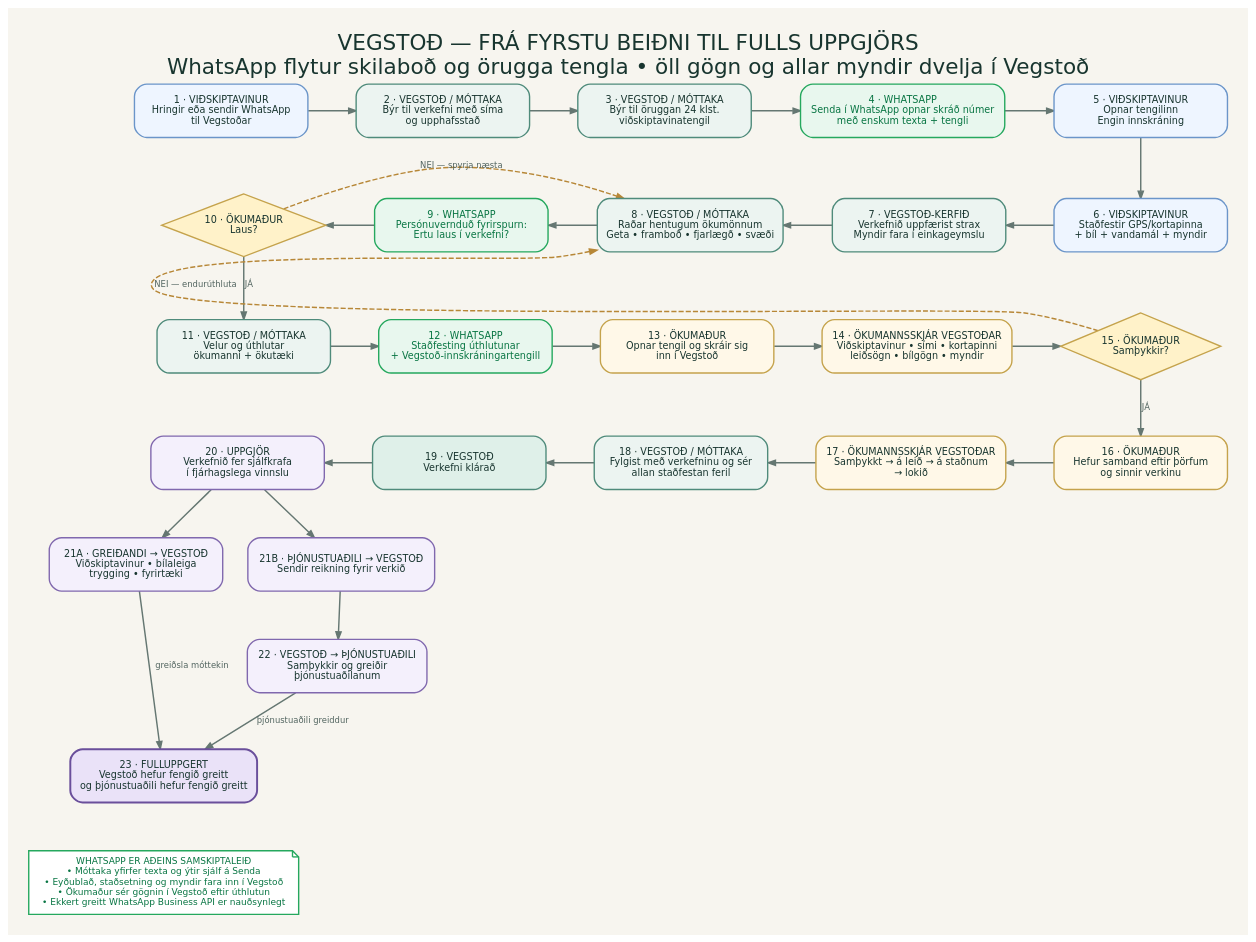
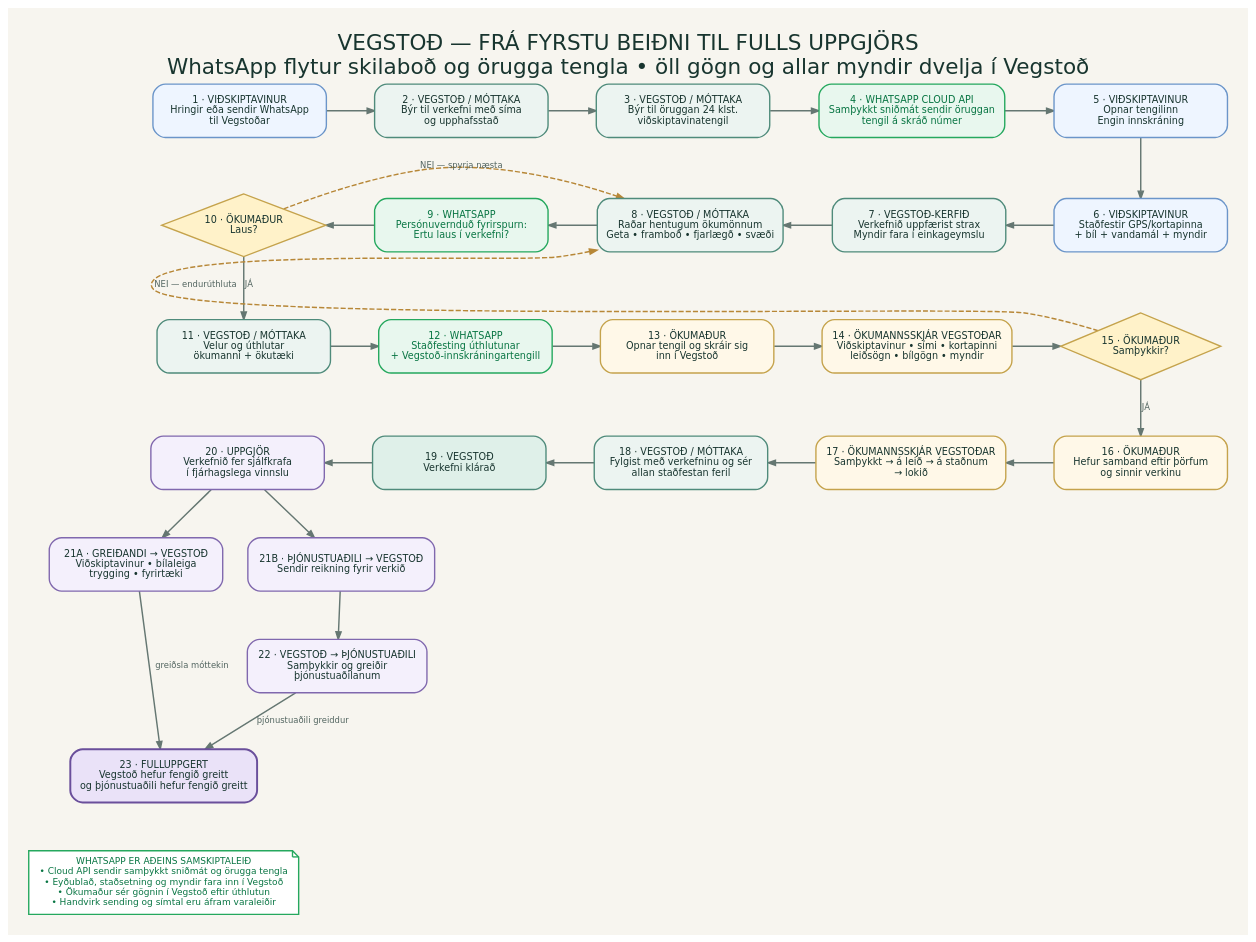
The diagram in docs/vegstod-system-flowchart.dot (HelgasonF/road), drawn with Graphviz before and after one commit. The commit also changed 29 other files, not shown here.

Commit message:
feat: surface WhatsApp status and opt-outs

```diff
--- a/docs/vegstod-system-flowchart.dot
+++ b/docs/vegstod-system-flowchart.dot
@@ -1,101 +1,101 @@
 digraph vegstod_system {
   graph [
     rankdir=TB,
     bgcolor="#F7F5EF",
     pad="0.28",
     nodesep="0.34",
     ranksep="0.62",
     splines=spline,
     outputorder=edgesfirst,
     fontname="DejaVu Sans",
     label="VEGSTOÐ — FRÁ FYRSTU BEIÐNI TIL FULLS UPPGJÖRS\nWhatsApp flytur skilaboð og örugga tengla • öll gögn og allar myndir dvelja í Vegstoð",
     labelloc=t,
     fontsize=21,
     fontcolor="#18352F"
   ];
 
   node [
     shape=box,
     style="rounded,filled",
     width=2.35,
     height=0.72,
     margin="0.13,0.09",
     fontname="DejaVu Sans",
     fontsize=9.4,
     color="#AAB7B3",
     fillcolor="#FFFFFF",
     fontcolor="#18352F",
     penwidth=1.35
   ];
 
   edge [
     fontname="DejaVu Sans",
     fontsize=8.2,
     color="#657772",
     fontcolor="#51645F",
     arrowsize=0.72,
     penwidth=1.4
   ];
 
   customer_contact [label="1 · VIÐSKIPTAVINUR\nHringir eða sendir WhatsApp\ntil Vegstoðar", fillcolor="#EEF5FF", color="#6B95C9"];
   create_job [label="2 · VEGSTOÐ / MÓTTAKA\nBýr til verkefni með síma\nog upphafsstað", fillcolor="#ECF4F1", color="#4F8B7B"];
   create_link [label="3 · VEGSTOÐ / MÓTTAKA\nBýr til öruggan 24 klst.\nviðskiptavinatengil", fillcolor="#ECF4F1", color="#4F8B7B"];
-  wa_customer [label="4 · WHATSAPP\nSenda í WhatsApp opnar skráð númer\nmeð enskum texta + tengli", fillcolor="#E8F7EE", color="#25A85E", fontcolor="#087543"];
+  wa_customer [label="4 · WHATSAPP CLOUD API\nSamþykkt sniðmát sendir öruggan\ntengil á skráð númer", fillcolor="#E8F7EE", color="#25A85E", fontcolor="#087543"];
   customer_form [label="5 · VIÐSKIPTAVINUR\nOpnar tengilinn\nEngin innskráning", fillcolor="#EEF5FF", color="#6B95C9"];
 
   customer_submit [label="6 · VIÐSKIPTAVINUR\nStaðfestir GPS/kortapinna\n+ bíl + vandamál + myndir", fillcolor="#EEF5FF", color="#6B95C9"];
   private_data [label="7 · VEGSTOÐ-KERFIÐ\nVerkefnið uppfærist strax\nMyndir fara í einkageymslu", fillcolor="#ECF4F1", color="#4F8B7B"];
   matching [label="8 · VEGSTOÐ / MÓTTAKA\nRaðar hentugum ökumönnum\nGeta • framboð • fjarlægð • svæði", fillcolor="#ECF4F1", color="#4F8B7B"];
   wa_availability [label="9 · WHATSAPP\nPersónuvernduð fyrirspurn:\nErtu laus í verkefni?", fillcolor="#E8F7EE", color="#25A85E", fontcolor="#087543"];
   available [label="10 · ÖKUMAÐUR\nLaus?", shape=diamond, width=1.55, height=0.85, style="filled", fillcolor="#FFF2C9", color="#C5A34C"];
 
   assign [label="11 · VEGSTOÐ / MÓTTAKA\nVelur og úthlutar\nökumanni + ökutæki", fillcolor="#ECF4F1", color="#4F8B7B"];
   wa_assignment [label="12 · WHATSAPP\nStaðfesting úthlutunar\n+ Vegstoð-innskráningartengill", fillcolor="#E8F7EE", color="#25A85E", fontcolor="#087543"];
   driver_login [label="13 · ÖKUMAÐUR\nOpnar tengil og skráir sig\ninn í Vegstoð", fillcolor="#FFF8E8", color="#C5A34C"];
   driver_view [label="14 · ÖKUMANNSSKJÁR VEGSTOÐAR\nViðskiptavinur • sími • kortapinni\nleiðsögn • bílgögn • myndir", fillcolor="#FFF8E8", color="#C5A34C"];
   driver_accept [label="15 · ÖKUMAÐUR\nSamþykkir?", shape=diamond, width=1.65, height=0.9, style="filled", fillcolor="#FFF2C9", color="#C5A34C"];
 
   driver_work [label="16 · ÖKUMAÐUR\nHefur samband eftir þörfum\nog sinnir verkinu", fillcolor="#FFF8E8", color="#C5A34C"];
   driver_status [label="17 · ÖKUMANNSSKJÁR VEGSTOÐAR\nSamþykkt → á leið → á staðnum\n→ lokið", fillcolor="#FFF8E8", color="#C5A34C"];
   monitor [label="18 · VEGSTOÐ / MÓTTAKA\nFylgist með verkefninu og sér\nallan staðfestan feril", fillcolor="#ECF4F1", color="#4F8B7B"];
   complete [label="19 · VEGSTOÐ\nVerkefni klárað", fillcolor="#DFF0E9", color="#4F8B7B"];
   billing [label="20 · UPPGJÖR\nVerkefnið fer sjálfkrafa\ní fjárhagslega vinnslu", fillcolor="#F4F0FC", color="#8068AE"];
 
   payer [label="21A · GREIÐANDI → VEGSTOÐ\nViðskiptavinur • bílaleiga\ntrygging • fyrirtæki", fillcolor="#F4F0FC", color="#8068AE"];
   provider_invoice [label="21B · ÞJÓNUSTUAÐILI → VEGSTOÐ\nSendir reikning fyrir verkið", fillcolor="#F4F0FC", color="#8068AE"];
   provider_paid [label="22 · VEGSTOÐ → ÞJÓNUSTUAÐILI\nSamþykkir og greiðir\nþjónustuaðilanum", fillcolor="#F4F0FC", color="#8068AE"];
   settled [label="23 · FULLUPPGERT\nVegstoð hefur fengið greitt\nog þjónustuaðili hefur fengið greitt", fillcolor="#EAE2F8", color="#6A4F9B", penwidth=1.9];
 
   { rank=same; customer_contact; create_job; create_link; wa_customer; customer_form; }
   { rank=same; available; wa_availability; matching; private_data; customer_submit; }
   { rank=same; assign; wa_assignment; driver_login; driver_view; driver_accept; }
   { rank=same; billing; complete; monitor; driver_status; driver_work; }
   { rank=same; payer; provider_invoice; }
 
   customer_contact -> create_job -> create_link -> wa_customer -> customer_form;
   customer_form -> customer_submit;
   available -> wa_availability -> matching -> private_data -> customer_submit [dir=back];
   available -> assign [label=" JÁ"];
   available -> matching [label=" NEI — spyrja næsta", style=dashed, color="#B78737", constraint=false];
   assign -> wa_assignment -> driver_login -> driver_view -> driver_accept;
   driver_accept -> driver_work [label=" JÁ"];
   driver_accept -> matching [label=" NEI — endurúthluta", style=dashed, color="#B78737", constraint=false];
   billing -> complete -> monitor -> driver_status -> driver_work [dir=back];
   billing -> payer;
   billing -> provider_invoice;
   provider_invoice -> provider_paid;
   payer -> settled [label=" greiðsla móttekin"];
   provider_paid -> settled [label=" þjónustuaðili greiddur"];
 
   whatsapp_note [
-    label="WHATSAPP ER AÐEINS SAMSKIPTALEIÐ\n• Móttaka yfirfer texta og ýtir sjálf á Senda\n• Eyðublað, staðsetning og myndir fara inn í Vegstoð\n• Ökumaður sér gögnin í Vegstoð eftir úthlutun\n• Ekkert greitt WhatsApp Business API er nauðsynlegt",
+    label="WHATSAPP ER AÐEINS SAMSKIPTALEIÐ\n• Cloud API sendir samþykkt sniðmát og örugga tengla\n• Eyðublað, staðsetning og myndir fara inn í Vegstoð\n• Ökumaður sér gögnin í Vegstoð eftir úthlutun\n• Handvirk sending og símtal eru áfram varaleiðir",
     shape=note,
     width=3.65,
     fillcolor="#FFFFFF",
     color="#25A85E",
     fontcolor="#087543",
     fontsize=8.8
   ];
 
   settled -> whatsapp_note [style=invis];
 }
```
